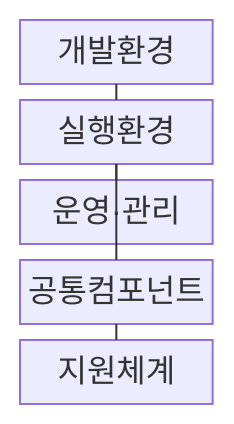
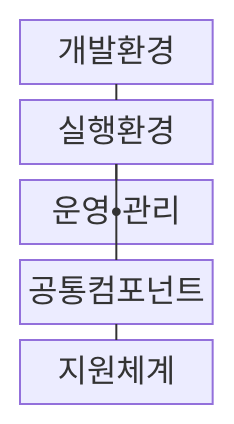
One commit to agnusdei1207/knowledge-base changed the first of 2 diagrams in src/content/docs/notes/07-law-policy/045_egovernment_standard_framework.md. Above: the diagram before and after it, drawn with Mermaid. The commit also changed other lines of this file and 953 other files, not shown here.

````diff
--- a/src/content/docs/notes/07-law-policy/045_egovernment_standard_framework.md
+++ b/src/content/docs/notes/07-law-policy/045_egovernment_standard_framework.md
@@ -67,9 +67,9 @@
 ```mermaid
 block-beta
     columns 1
-    D["개발환경"] R["실행환경"] O["운영·관리"] C["공통컴포넌트"] S["지원체계"]
+    D["개발환경"] R["실행환경"] O["운영•관리"] C["공통컴포넌트"] S["지원체계"]
     D --- R
     R --- O
     R --- C
     C --- S
 ```
````
